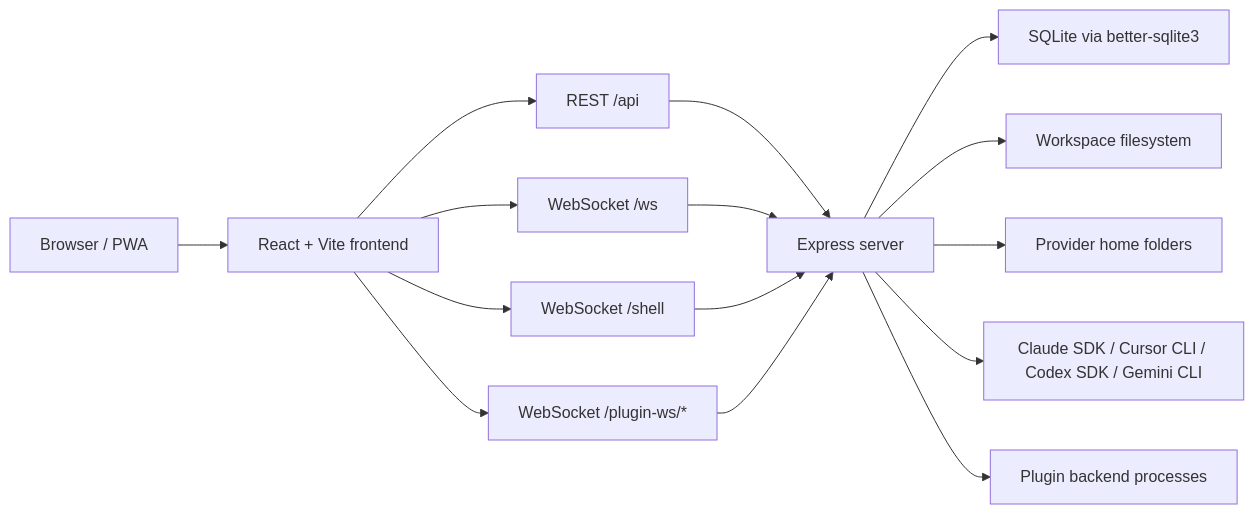
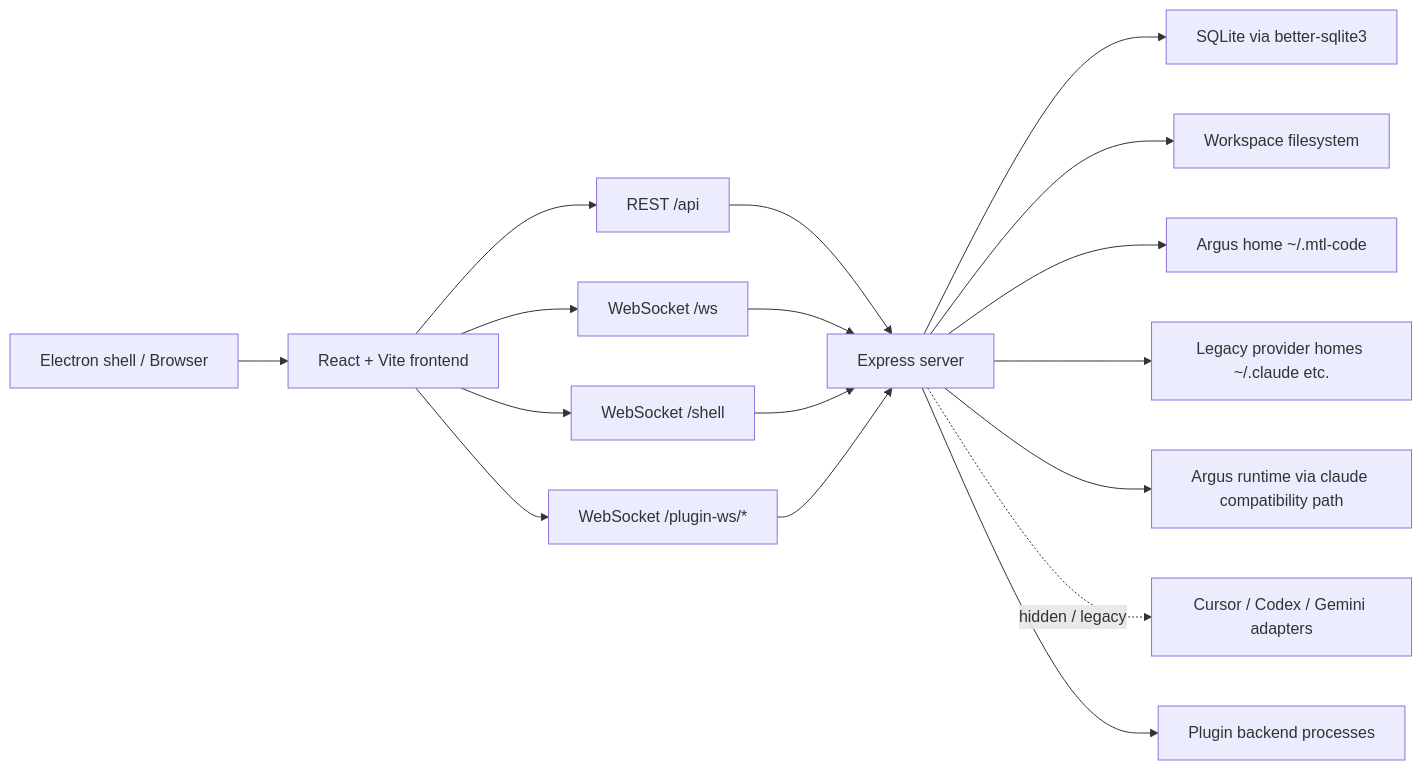
One commit to wyy-debug/AIINWORK changed the diagram in claudecodeui/docs/knowledge/02-system-architecture.md. Above: the diagram before and after it, drawn with Mermaid. The commit also changed other lines of this file and 201 other files, not shown here.

````diff
--- a/claudecodeui/docs/knowledge/02-system-architecture.md
+++ b/claudecodeui/docs/knowledge/02-system-architecture.md
@@ -5,19 +5,21 @@
 ```mermaid
 flowchart LR
-  Browser["Browser / PWA"] --> React["React + Vite frontend"]
+  Browser["Electron shell / Browser"] --> React["React + Vite frontend"]
   React --> Rest["REST /api"]
   React --> ChatWs["WebSocket /ws"]
   React --> ShellWs["WebSocket /shell"]
   React --> PluginWs["WebSocket /plugin-ws/*"]
 
   Rest --> Express["Express server"]
   ChatWs --> Express
   ShellWs --> Express
   PluginWs --> Express
 
   Express --> SQLite["SQLite via better-sqlite3"]
   Express --> WorkspaceFs["Workspace filesystem"]
-  Express --> ProviderHomes["Provider home folders"]
-  Express --> ProviderRuntimes["Claude SDK / Cursor CLI / Codex SDK / Gemini CLI"]
+  Express --> MtlHome["Argus home ~/.mtl-code"]
+  Express --> LegacyHomes["Legacy provider homes ~/.claude etc."]
+  Express --> MtlRuntime["Argus runtime via claude compatibility path"]
+  Express -. hidden / legacy .-> LegacyProviders["Cursor / Codex / Gemini adapters"]
   Express --> PluginProcesses["Plugin backend processes"]
 ```
````
